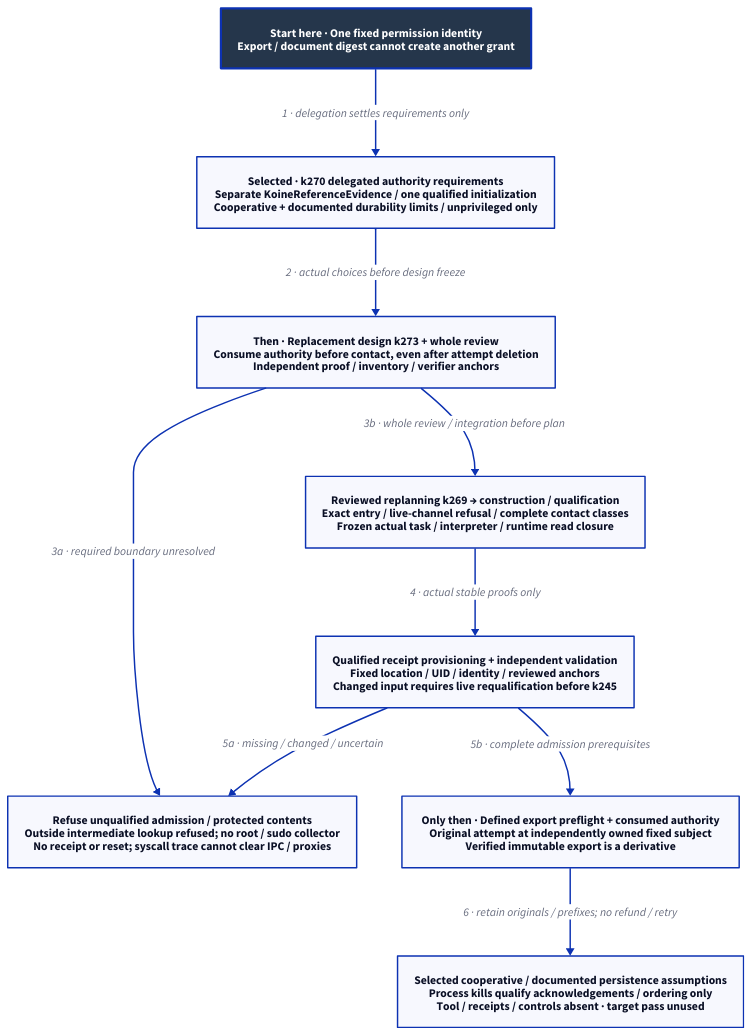
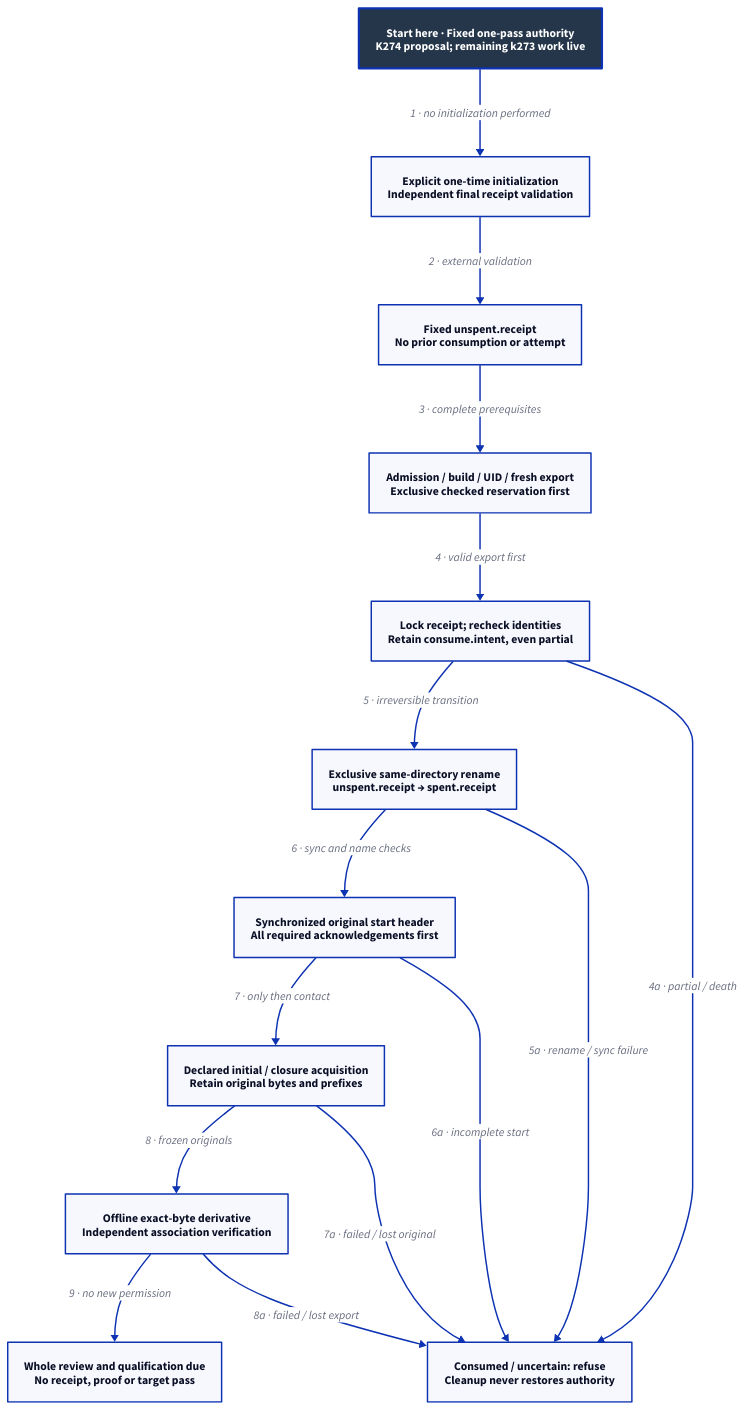
Before and after one commit to Linkuistics/Koine: the diagram in docs/design/architecture/native-reference-admission.d2, drawn with D2. The commit also changed 17 other files, not shown here.

Commit message:
Design one-time evidence authority lifecycle (reference-evidence-authority-consumption-k274; reference-evidence-admission-repair-k273)

```diff
--- a/docs/design/architecture/native-reference-admission.d2
+++ b/docs/design/architecture/native-reference-admission.d2
@@ -1,21 +1,30 @@
-# Required repair boundary; no selected receipt protocol, authority or target pass.
+# Proposed lifecycle; complete contract is normative and qualification remains due.
 direction: down
 classes: {
   start: {style: {fill: "#25364B"; font-color: "#FFFFFF"; bold: true; stroke-width: 3}}
 }
-Start: "Start here · One fixed permission identity\nExport / document digest cannot create another grant" {class: start}
-Human: "Selected · k270 delegated authority requirements\nSeparate KoineReferenceEvidence / one qualified initialization\nCooperative + documented durability limits / unprivileged only"
-Repair: "Then · Replacement design k273 + whole review\nConsume authority before contact, even after attempt deletion\nIndependent proof / inventory / verifier anchors"
-Unavailable: "Refuse unqualified admission / protected contents\nOutside intermediate lookup refused; no root / sudo collector\nNo receipt or reset; syscall trace cannot clear IPC / proxies"
-Qualify: "Reviewed replanning k269 → construction / qualification\nExact entry / live-channel refusal / complete contact classes\nFrozen actual task / interpreter / runtime read closure"
-Provision: "Qualified receipt provisioning + independent validation\nFixed location / UID / identity / reviewed anchors\nChanged input requires live requalification before k245"
-Attempt: "Only then · Defined export preflight + consumed authority\nOriginal attempt at independently owned fixed subject\nVerified immutable export is a derivative"
-Limit: "Selected cooperative / documented persistence assumptions\nProcess kills qualify acknowledgements / ordering only\nTool / receipts / controls absent · target pass unused"
-Start -> Human: "1 · delegation settles requirements only"
-Human -> Repair: "2 · actual choices before design freeze"
-Repair -> Unavailable: "3a · required boundary unresolved"
-Repair -> Qualify: "3b · whole review / integration before plan"
-Qualify -> Provision: "4 · actual stable proofs only"
-Provision -> Unavailable: "5a · missing / changed / uncertain"
-Provision -> Attempt: "5b · complete admission prerequisites"
-Attempt -> Limit: "6 · retain originals / prefixes; no refund / retry"
+Start: "Start here · Fixed one-pass authority\nK274 proposal; remaining k273 work live" {class: start}
+Provision: "Explicit one-time initialization\nIndependent final receipt validation"
+Ready: "Fixed unspent.receipt\nNo prior consumption or attempt"
+Export: "Admission / build / UID / fresh export\nExclusive checked reservation first"
+Intent: "Lock receipt; recheck identities\nRetain consume.intent, even partial"
+Spent: "Exclusive same-directory rename\nunspent.receipt → spent.receipt"
+Original: "Synchronized original start header\nAll required acknowledgements first"
+Capture: "Declared initial / closure acquisition\nRetain original bytes and prefixes"
+Derivative: "Offline exact-byte derivative\nIndependent association verification"
+Refuse: "Consumed / uncertain: refuse\nCleanup never restores authority"
+Limit: "Whole review and qualification due\nNo receipt, proof or target pass"
+Start -> Provision: "1 · no initialization performed"
+Provision -> Ready: "2 · external validation"
+Ready -> Export: "3 · complete prerequisites"
+Export -> Intent: "4 · valid export first"
+Intent -> Spent: "5 · irreversible transition"
+Spent -> Original: "6 · sync and name checks"
+Original -> Capture: "7 · only then contact"
+Capture -> Derivative: "8 · frozen originals"
+Derivative -> Limit: "9 · no new permission"
+Intent -> Refuse: "4a · partial / death"
+Spent -> Refuse: "5a · rename / sync failure"
+Original -> Refuse: "6a · incomplete start"
+Capture -> Refuse: "7a · failed / lost original"
+Derivative -> Refuse: "8a · failed / lost export"
```
